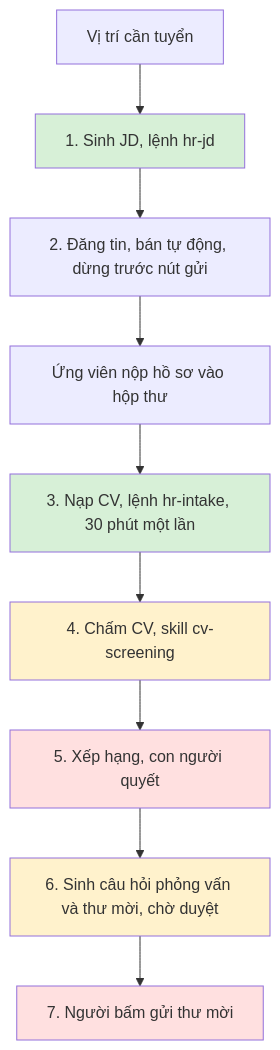
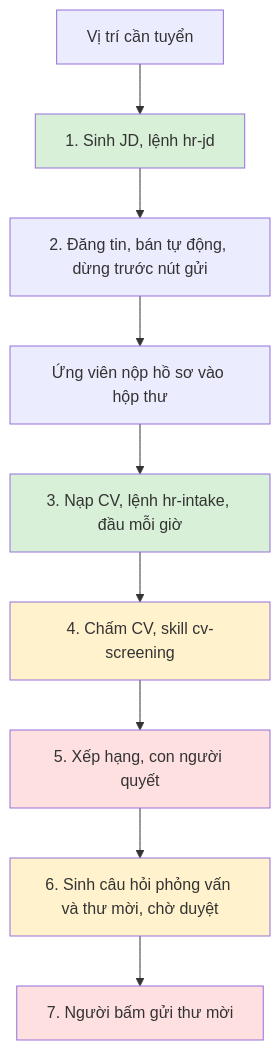
One commit to Mr-Robot1c/sdvico-automation changed the sixth of 12 diagrams in docs/tai-lieu-tong-hop.md. Above: the diagram before and after it, drawn with Mermaid. The commit also changed other lines of this file and 9 other files, not shown here.

First line of the commit message:
perf(ci): gộp ba việc nền của Tuyển dụng vào một workflow chạy mỗi giờ

````diff
--- a/docs/tai-lieu-tong-hop.md
+++ b/docs/tai-lieu-tong-hop.md
@@ -271,18 +271,18 @@
 ```mermaid
 flowchart TD
     V["Vị trí cần tuyển"] --> S1["1. Sinh JD, lệnh hr-jd"]
     S1 --> S2["2. Đăng tin, bán tự động, dừng trước nút gửi"]
     S2 --> U["Ứng viên nộp hồ sơ vào hộp thư"]
-    U --> S3["3. Nạp CV, lệnh hr-intake, 30 phút một lần"]
+    U --> S3["3. Nạp CV, lệnh hr-intake, đầu mỗi giờ"]
     S3 --> S4["4. Chấm CV, skill cv-screening"]
     S4 --> S5["5. Xếp hạng, con người quyết"]
     S5 --> S6["6. Sinh câu hỏi phỏng vấn và thư mời, chờ duyệt"]
     S6 --> S7["7. Người bấm gửi thư mời"]
 
     style S1 fill:#d7f0d7
     style S3 fill:#d7f0d7
     style S4 fill:#fff2cc
     style S5 fill:#ffe0e0
     style S6 fill:#fff2cc
     style S7 fill:#ffe0e0
 ```
````
